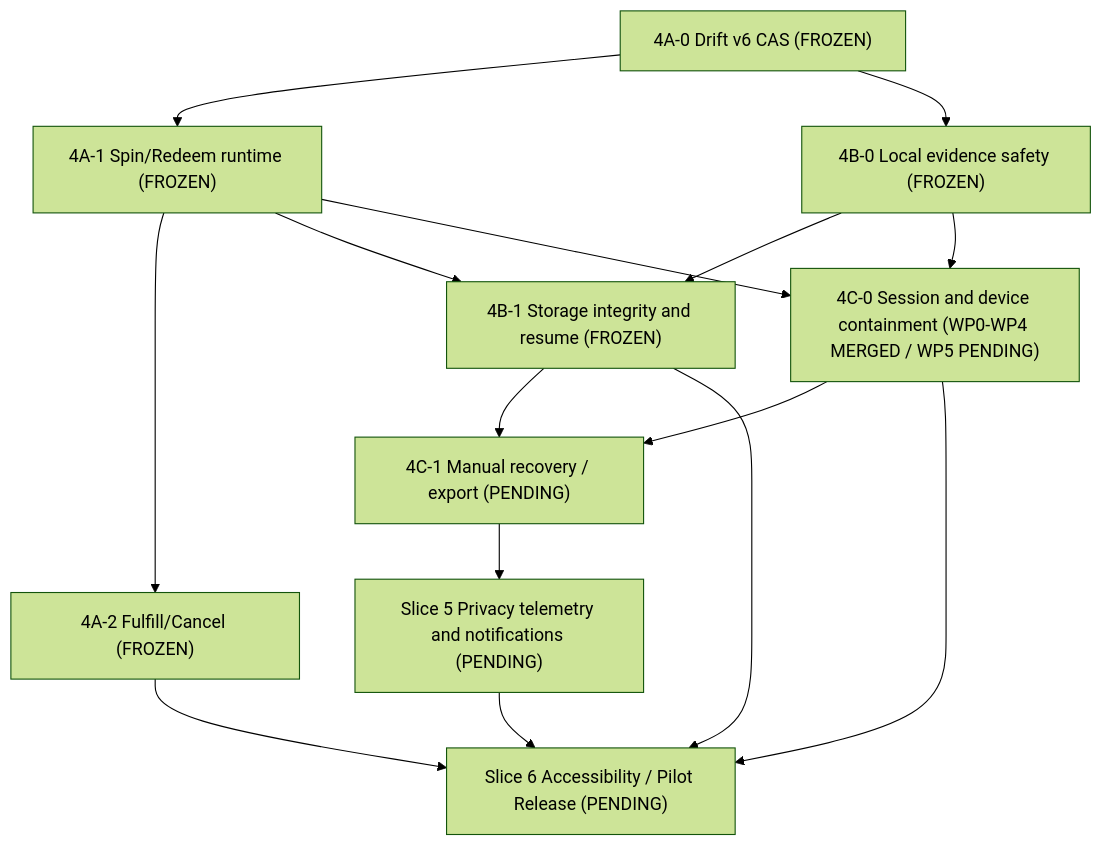
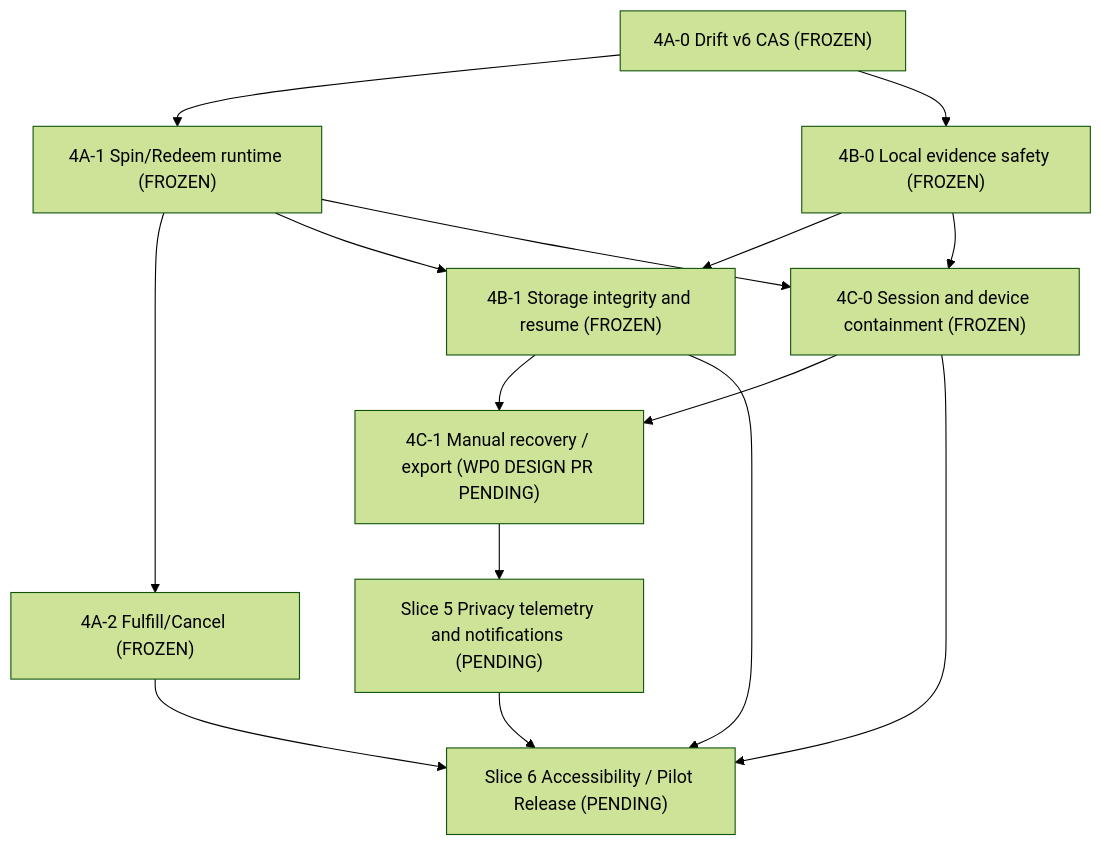
The diagram in docs/21-phase-6-master-delivery-and-pilot-gates.md (thedusk4203/LearnWard), drawn with Mermaid (forest theme) before and after one commit. The commit also changed other lines of this file and 1 other file, not shown here.

First line of the commit message:
docs(phase-6): Slice 4C-1 WP0 manual recovery, quarantine & export UX design contract (#44)

````diff
--- a/docs/21-phase-6-master-delivery-and-pilot-gates.md
+++ b/docs/21-phase-6-master-delivery-and-pilot-gates.md
@@ -102,17 +107,17 @@
 ```mermaid
 flowchart TD
  A["4A-0 Drift v6 CAS (FROZEN)"] --> B["4A-1 Spin/Redeem runtime (FROZEN)"]
  B --> C["4A-2 Fulfill/Cancel (FROZEN)"]
  A --> D["4B-0 Local evidence safety (FROZEN)"]
  D --> E["4B-1 Storage integrity and resume (FROZEN)"]
  B --> E
- B --> F["4C-0 Session and device containment (WP0-WP4 MERGED / WP5 PENDING)"]
+ B --> F["4C-0 Session and device containment (FROZEN)"]
  D --> F
- E --> G["4C-1 Manual recovery / export (PENDING)"]
+ E --> G["4C-1 Manual recovery / export (WP0 DESIGN PR PENDING)"]
  F --> G
  G --> H["Slice 5 Privacy telemetry and notifications (PENDING)"]
  H --> I["Slice 6 Accessibility / Pilot Release (PENDING)"]
  C --> I
  E --> I
  F --> I
 ```
````
